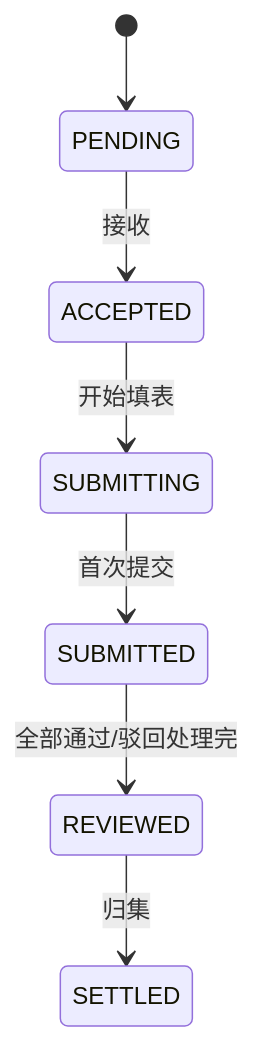
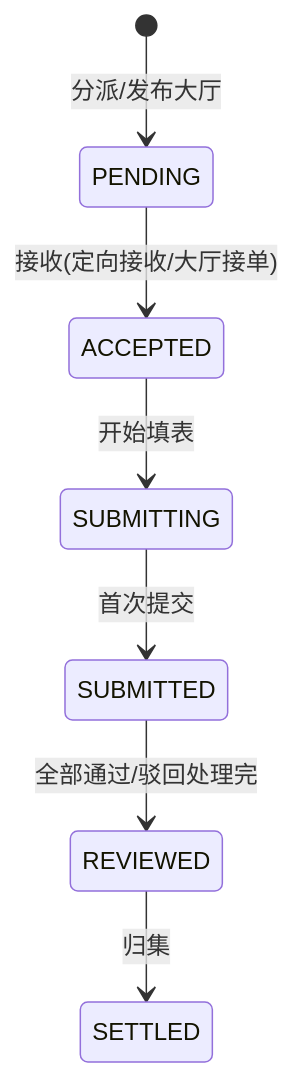
The fourth of 10 diagrams in docs/03-流程与状态流转.md (Echo-Note/FastapiAdmin), drawn with Mermaid before and after one commit. The commit also changed other lines of this file and 33 other files, not shown here.

````diff
--- a/docs/03-流程与状态流转.md
+++ b/docs/03-流程与状态流转.md
@@ -98,9 +101,9 @@
 ```mermaid
 stateDiagram-v2
-    [*] --> PENDING
-    PENDING --> ACCEPTED: 接收
+    [*] --> PENDING: 分派/发布大厅
+    PENDING --> ACCEPTED: 接收(定向接收/大厅接单)
     ACCEPTED --> SUBMITTING: 开始填表
     SUBMITTING --> SUBMITTED: 首次提交
     SUBMITTED --> REVIEWED: 全部通过/驳回处理完
     REVIEWED --> SETTLED: 归集
 ```
````
